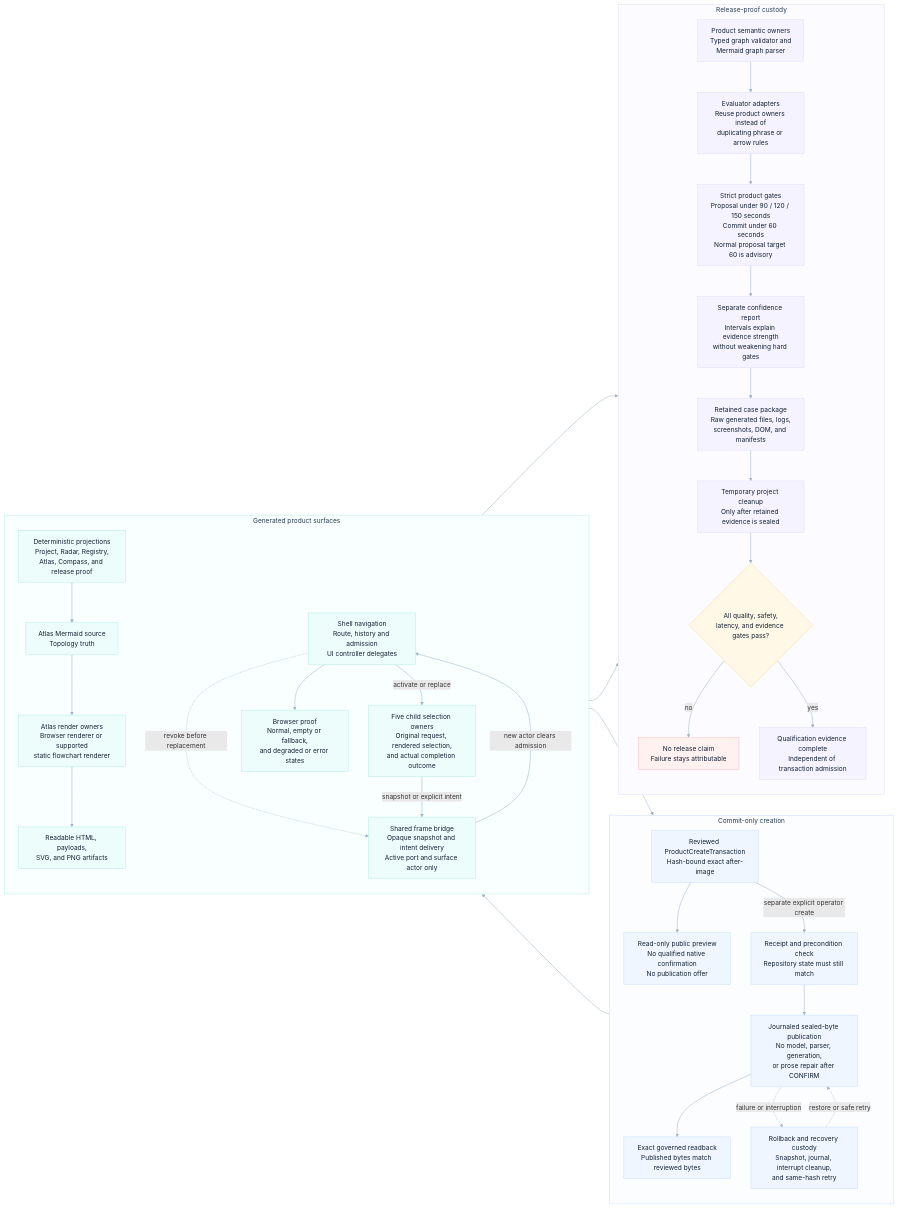
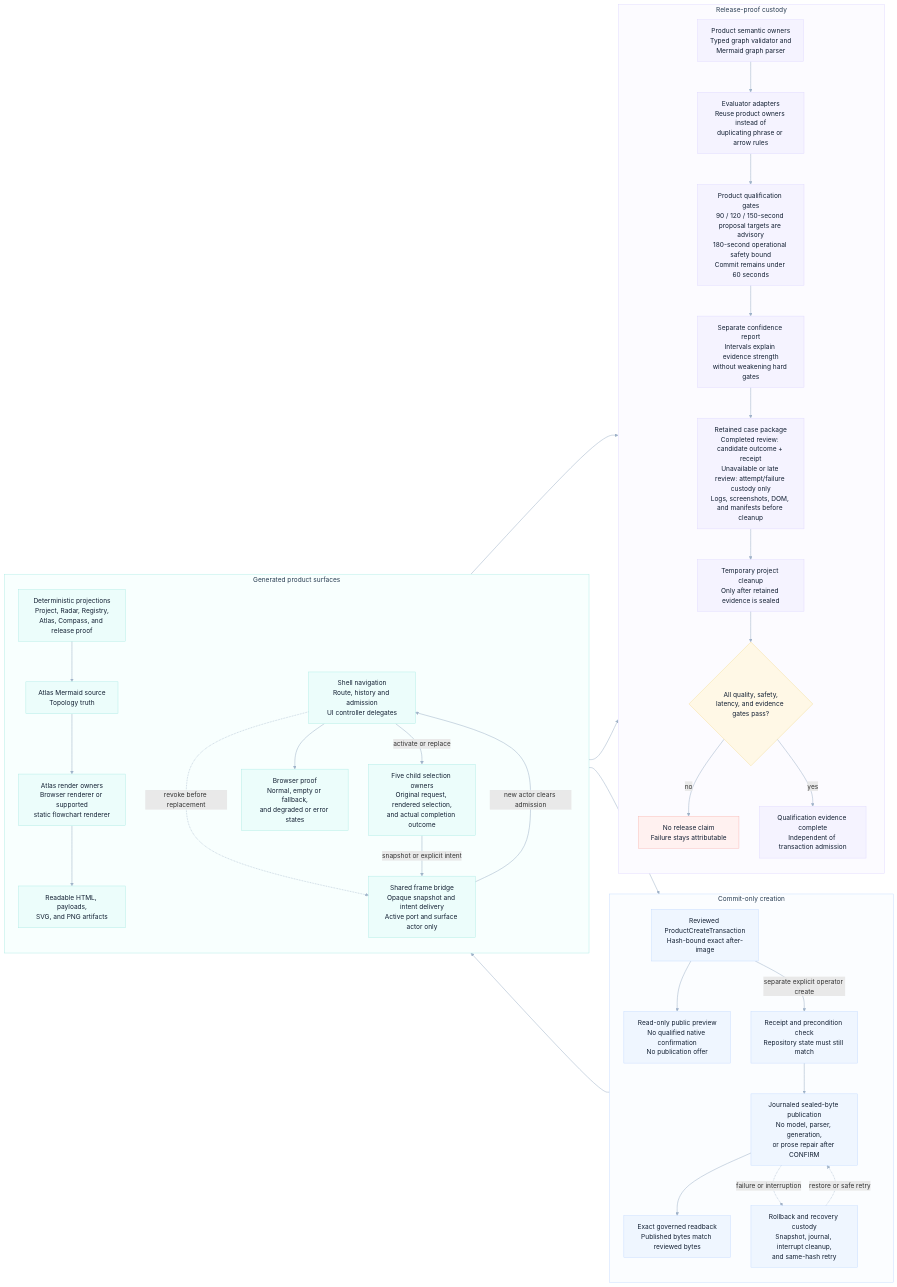
The diagram in odylith/atlas/source/greenfield-rendered-surface-and-static-atlas-custody.mmd (odylith/odylith), drawn with Mermaid before and after one commit. The commit also changed 77 other files, not shown here.

Commit message:
fix(greenfield): retain tri-state review custody

```diff
--- a/odylith/atlas/source/greenfield-rendered-surface-and-static-atlas-custody.mmd
+++ b/odylith/atlas/source/greenfield-rendered-surface-and-static-atlas-custody.mmd
@@ -1,68 +1,68 @@
 flowchart LR
     subgraph transaction_lane["Commit-only creation"]
       direction TB
       reviewed["Reviewed ProductCreateTransaction<br/>Hash-bound exact after-image"]
       preview["Read-only public preview<br/>No qualified native confirmation<br/>No publication offer"]
       preconditions["Receipt and precondition check<br/>Repository state must still match"]
       write["Journaled sealed-byte publication<br/>No model, parser, generation,<br/>or prose repair after CONFIRM"]
       recovery["Rollback and recovery custody<br/>Snapshot, journal, interrupt cleanup,<br/>and same-hash retry"]
       readback["Exact governed readback<br/>Published bytes match reviewed bytes"]
     end
 
     subgraph surface_lane["Generated product surfaces"]
       direction TB
       projections["Deterministic projections<br/>Project, Radar, Registry,<br/>Atlas, Compass, and release proof"]
       atlas_source["Atlas Mermaid source<br/>Topology truth"]
       atlas_render["Atlas render owners<br/>Browser renderer or supported<br/>static flowchart renderer"]
       surfaces["Readable HTML, payloads,<br/>SVG, and PNG artifacts"]
       shell_navigation["Shell navigation<br/>Route, history and admission<br/>UI controller delegates"]
       child_selection["Five child selection owners<br/>Original request, rendered selection,<br/>and actual completion outcome"]
       frame_bridge["Shared frame bridge<br/>Opaque snapshot and intent delivery<br/>Active port and surface actor only"]
       browser["Browser proof<br/>Normal, empty or fallback,<br/>and degraded or error states"]
     end
 
     subgraph evidence_lane["Release-proof custody"]
       direction TB
       product_parser["Product semantic owners<br/>Typed graph validator and<br/>Mermaid graph parser"]
       evaluator["Evaluator adapters<br/>Reuse product owners instead of<br/>duplicating phrase or arrow rules"]
-      strict_gate["Strict product gates<br/>Proposal under 90 / 120 / 150 seconds<br/>Commit under 60 seconds<br/>Normal proposal target 60 is advisory"]
+      strict_gate["Product qualification gates<br/>90 / 120 / 150-second proposal targets are advisory<br/>180-second operational safety bound<br/>Commit remains under 60 seconds"]
       confidence["Separate confidence report<br/>Intervals explain evidence strength<br/>without weakening hard gates"]
-      retain["Retained case package<br/>Raw generated files, logs,<br/>screenshots, DOM, and manifests"]
+      retain["Retained case package<br/>Completed review: candidate outcome + receipt<br/>Unavailable or late review: attempt/failure custody only<br/>Logs, screenshots, DOM, and manifests before cleanup"]
       cleanup["Temporary project cleanup<br/>Only after retained evidence is sealed"]
       release{"All quality, safety,<br/>latency, and evidence gates pass?"}
       blocker["No release claim<br/>Failure stays attributable"]
       qualified["Qualification evidence complete<br/>Independent of transaction admission"]
     end
 
     reviewed --> preview
     reviewed -- "separate explicit operator create" --> preconditions --> write --> readback
     write -. "failure or interruption" .-> recovery
     recovery -. "restore or safe retry" .-> write
     projections --> atlas_source --> atlas_render --> surfaces --> reviewed
     readback --> shell_navigation
     shell_navigation -- "activate or replace" --> child_selection
     shell_navigation -. "revoke before replacement" .-> frame_bridge
     child_selection -- "snapshot or explicit intent" --> frame_bridge
     frame_bridge -- "new actor clears admission" --> shell_navigation
     shell_navigation --> browser
     product_parser --> evaluator
     projections --> evaluator
     browser --> evaluator --> strict_gate --> confidence --> retain --> cleanup --> release
     release -- "no" --> blocker
     release -- "yes" --> qualified
 
     classDef primary fill:#EFF6FF,stroke:#BFD7FE,color:#132033,stroke-width:1px;
     classDef execution fill:#ECFDFB,stroke:#A7E9E3,color:#132033,stroke-width:1px;
     classDef governance fill:#F5F3FF,stroke:#DDD6FE,color:#132033,stroke-width:1px;
     classDef constraint fill:#FFF8E6,stroke:#F6D98B,color:#132033,stroke-width:1px;
     classDef invalid fill:#FFF1F0,stroke:#F7B4AE,color:#132033,stroke-width:1px;
     class reviewed,preview,preconditions,write,recovery,readback primary;
     class projections,atlas_source,atlas_render,surfaces,shell_navigation,child_selection,frame_bridge,browser execution;
     class product_parser,evaluator,strict_gate,confidence,retain,cleanup,qualified governance;
     class release constraint;
     class blocker invalid;
 
     style transaction_lane fill:#FBFDFF,stroke:#BFD7FE,stroke-width:1px,color:#293D52
     style surface_lane fill:#F8FFFE,stroke:#A7E9E3,stroke-width:1px,color:#293D52
     style evidence_lane fill:#FCFBFF,stroke:#DDD6FE,stroke-width:1px,color:#293D52
     linkStyle default stroke:#9FB2C8,stroke-width:1.25px
```
